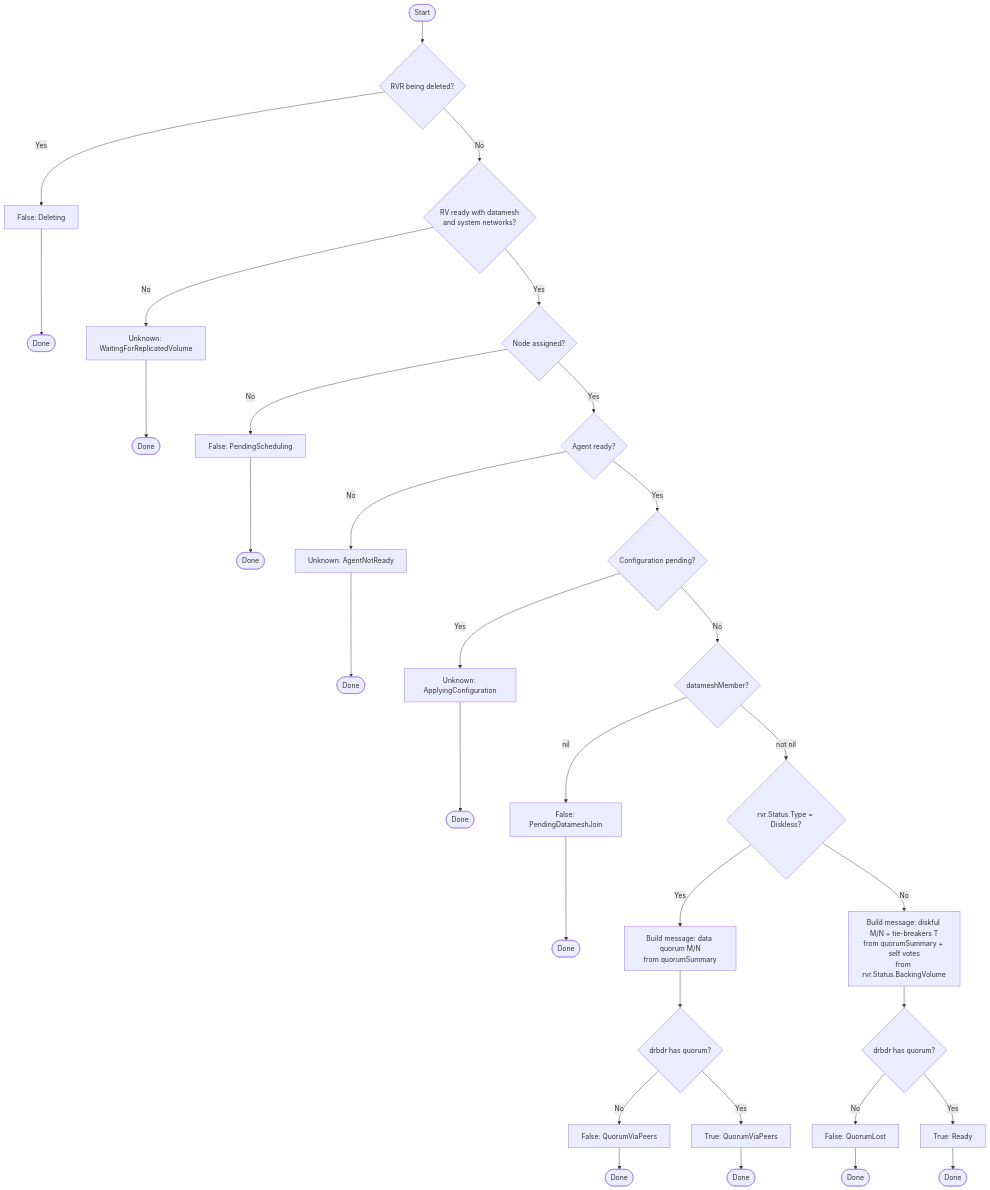
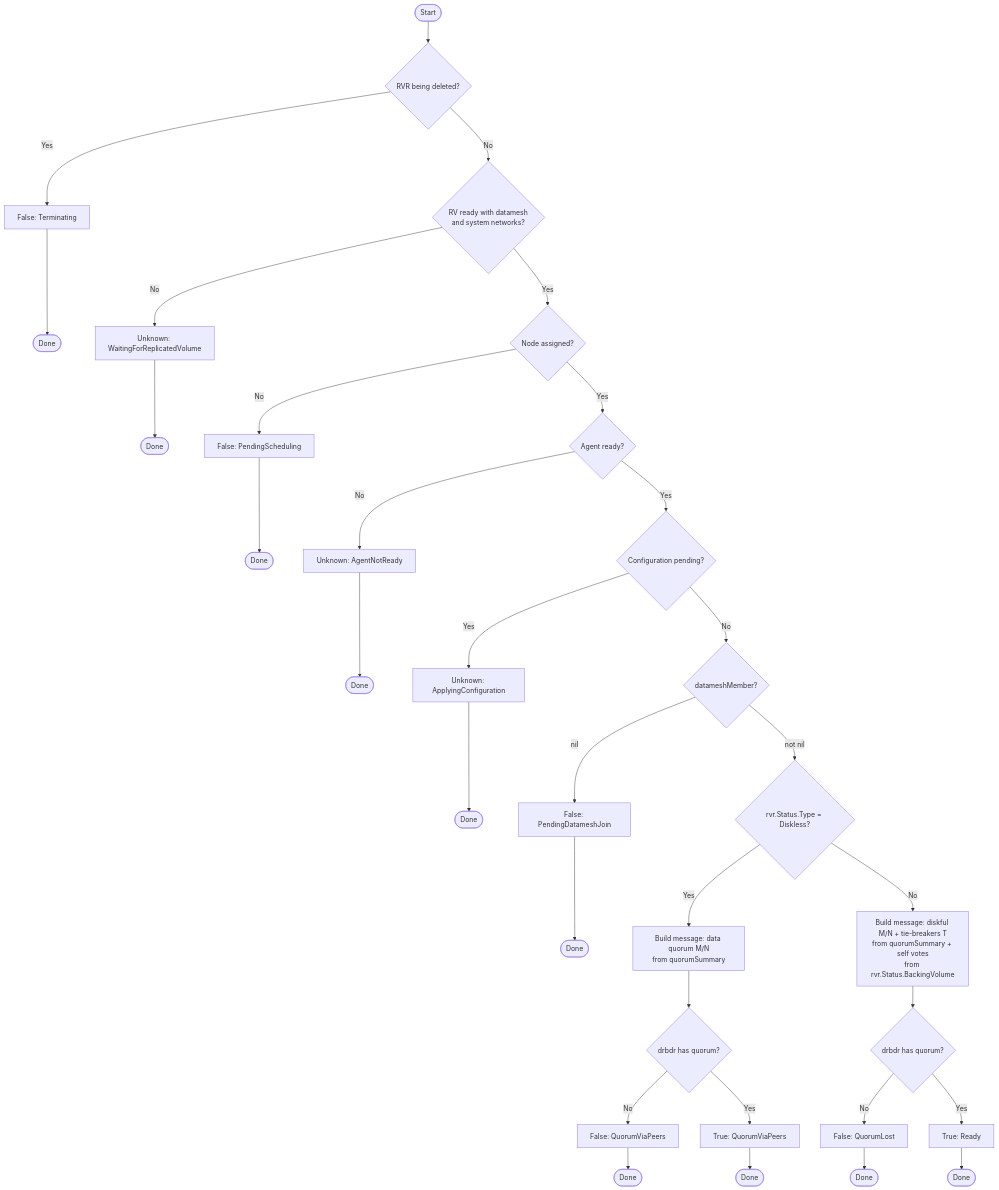
Before and after one commit to deckhouse/sds-replicated-volume: diagram 16 of 17 in images/controller/internal/controllers/rvr_controller/README.md, drawn with Mermaid. The commit also changed other lines of this file and 21 other files, not shown here.

First line of the commit message:
[api, controller] Rename Deleting to Terminating in phase values and condition reasons

````diff
--- a/images/controller/internal/controllers/rvr_controller/README.md
+++ b/images/controller/internal/controllers/rvr_controller/README.md
@@ -1359,43 +1359,43 @@
 ```mermaid
 flowchart TD
     Start([Start]) --> CheckDelete{RVR being deleted?}
-    CheckDelete -->|Yes| SetDeleting[False: Deleting]
-    SetDeleting --> End1([Done])
+    CheckDelete -->|Yes| SetTerminating[False: Terminating]
+    SetTerminating --> End1([Done])
 
     CheckDelete -->|No| CheckRV{RV ready with datamesh<br/>and system networks?}
     CheckRV -->|No| SetWaitRV[Unknown: WaitingForReplicatedVolume]
     SetWaitRV --> EndRV([Done])
 
     CheckRV -->|Yes| CheckNode{Node assigned?}
     CheckNode -->|No| SetPendingSched[False: PendingScheduling]
     SetPendingSched --> EndSched([Done])
 
     CheckNode -->|Yes| CheckAgent{Agent ready?}
     CheckAgent -->|No| SetUnknown1[Unknown: AgentNotReady]
     SetUnknown1 --> End2([Done])
 
     CheckAgent -->|Yes| CheckPending{Configuration pending?}
     CheckPending -->|Yes| SetUnknown2[Unknown: ApplyingConfiguration]
     SetUnknown2 --> End3([Done])
 
     CheckPending -->|No| CheckMember{datameshMember?}
 
     CheckMember -->|nil| SetPendingJoin[False: PendingDatameshJoin]
     SetPendingJoin --> End4([Done])
 
     CheckMember -->|not nil| CheckDiskless{rvr.Status.Type = Diskless?}
 
     CheckDiskless -->|Yes| BuildDisklessMsg["Build message: data quorum M/N<br/>from quorumSummary"]
     BuildDisklessMsg --> CheckQuorumDiskless{drbdr has quorum?}
     CheckQuorumDiskless -->|No| SetDisklessFalse[False: QuorumViaPeers]
     CheckQuorumDiskless -->|Yes| SetDisklessTrue[True: QuorumViaPeers]
     SetDisklessFalse --> End5([Done])
     SetDisklessTrue --> End6([Done])
 
     CheckDiskless -->|No| BuildDiskfulMsg["Build message: diskful M/N + tie-breakers T<br/>from quorumSummary + self votes<br/>from rvr.Status.BackingVolume"]
     BuildDiskfulMsg --> CheckQuorumDiskful{drbdr has quorum?}
     CheckQuorumDiskful -->|No| SetQuorumLost[False: QuorumLost]
     CheckQuorumDiskful -->|Yes| SetReady[True: Ready]
     SetQuorumLost --> End7([Done])
     SetReady --> End8([Done])
 ```
````
